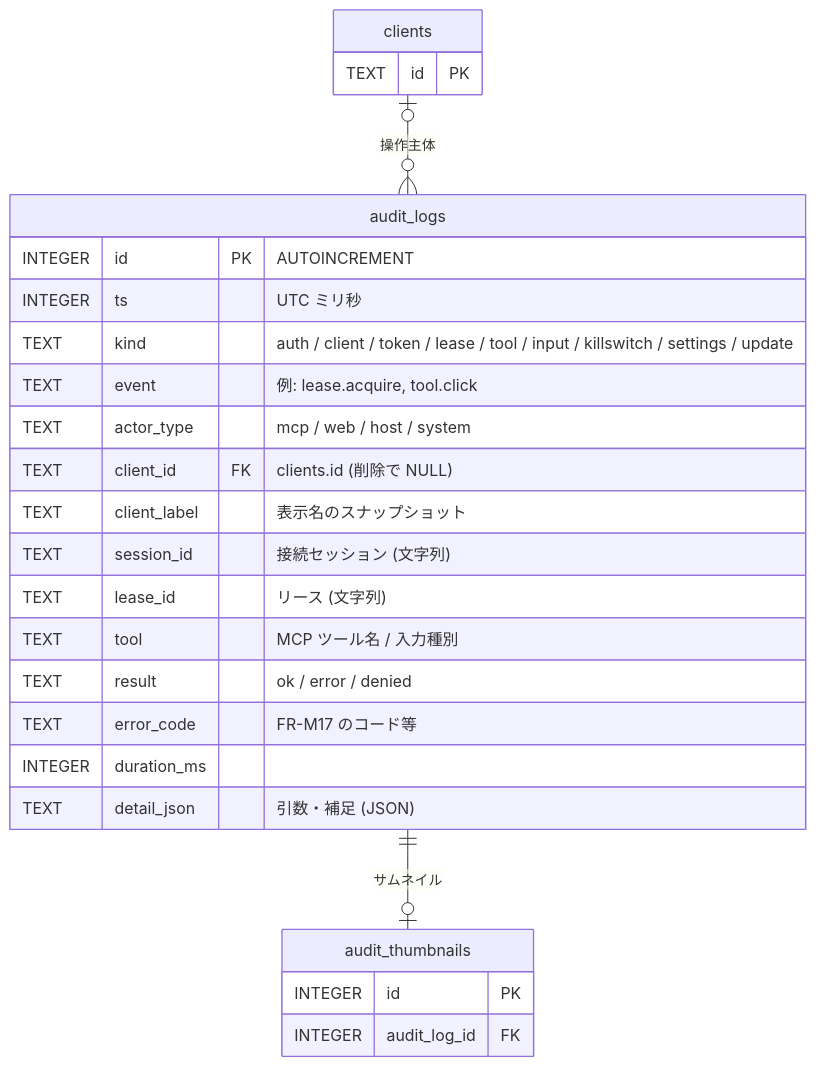
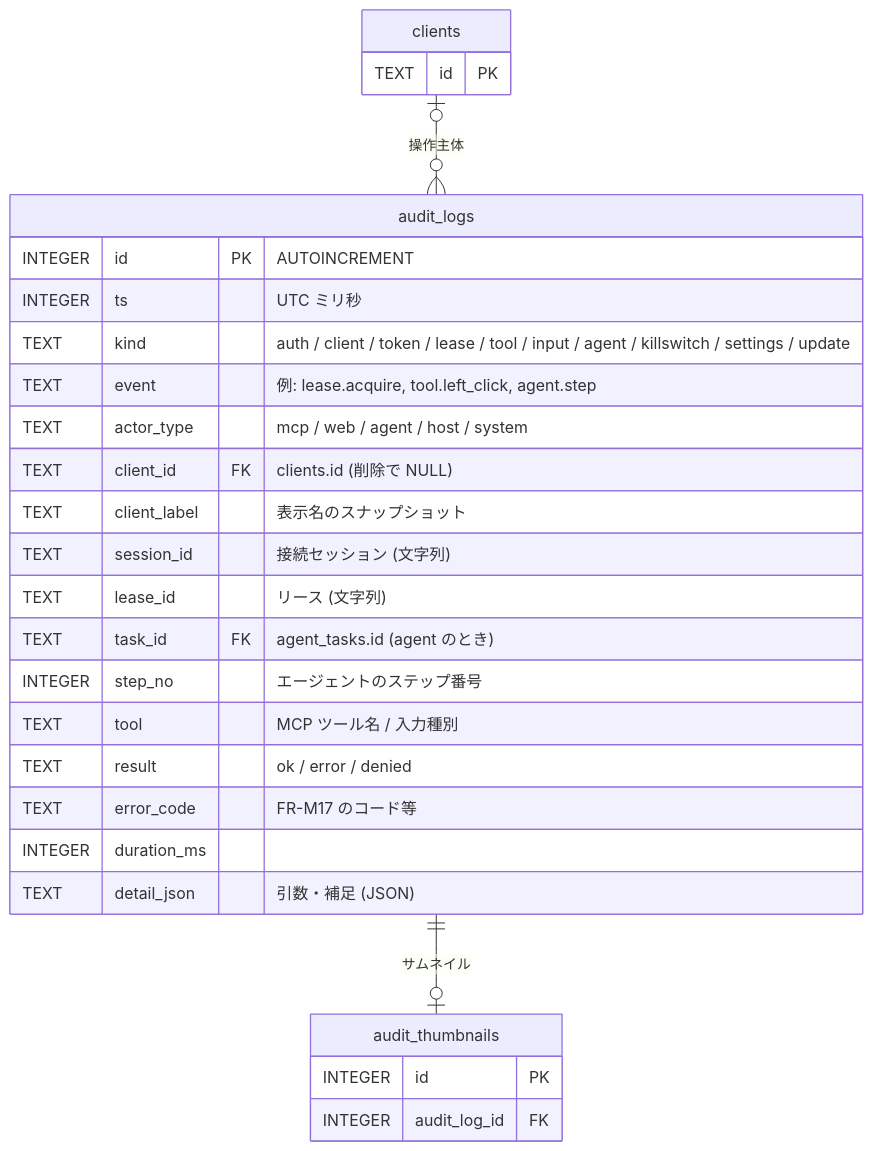
One commit to ousiassllc/puppet-remo changed the seventh of 8 diagrams in docs/architecture/er.md. Above: the diagram before and after it, drawn with Mermaid. The commit also changed other lines of this file and 4 other files, not shown here.

````diff
--- a/docs/architecture/er.md
+++ b/docs/architecture/er.md
@@ -234,28 +312,30 @@
 ```mermaid
 erDiagram
     audit_logs {
         INTEGER id PK "AUTOINCREMENT"
         INTEGER ts "UTC ミリ秒"
-        TEXT kind "auth / client / token / lease / tool / input / killswitch / settings / update"
-        TEXT event "例: lease.acquire, tool.click"
-        TEXT actor_type "mcp / web / host / system"
+        TEXT kind "auth / client / token / lease / tool / input / agent / killswitch / settings / update"
+        TEXT event "例: lease.acquire, tool.left_click, agent.step"
+        TEXT actor_type "mcp / web / agent / host / system"
         TEXT client_id FK "clients.id (削除で NULL)"
         TEXT client_label "表示名のスナップショット"
         TEXT session_id "接続セッション (文字列)"
         TEXT lease_id "リース (文字列)"
+        TEXT task_id FK "agent_tasks.id (agent のとき)"
+        INTEGER step_no "エージェントのステップ番号"
         TEXT tool "MCP ツール名 / 入力種別"
         TEXT result "ok / error / denied"
         TEXT error_code "FR-M17 のコード等"
         INTEGER duration_ms
         TEXT detail_json "引数・補足 (JSON)"
     }
     clients {
         TEXT id PK
     }
     audit_thumbnails {
         INTEGER id PK
         INTEGER audit_log_id FK
     }
     clients |o--o{ audit_logs : "操作主体"
     audit_logs ||--o| audit_thumbnails : "サムネイル"
 ```
````
